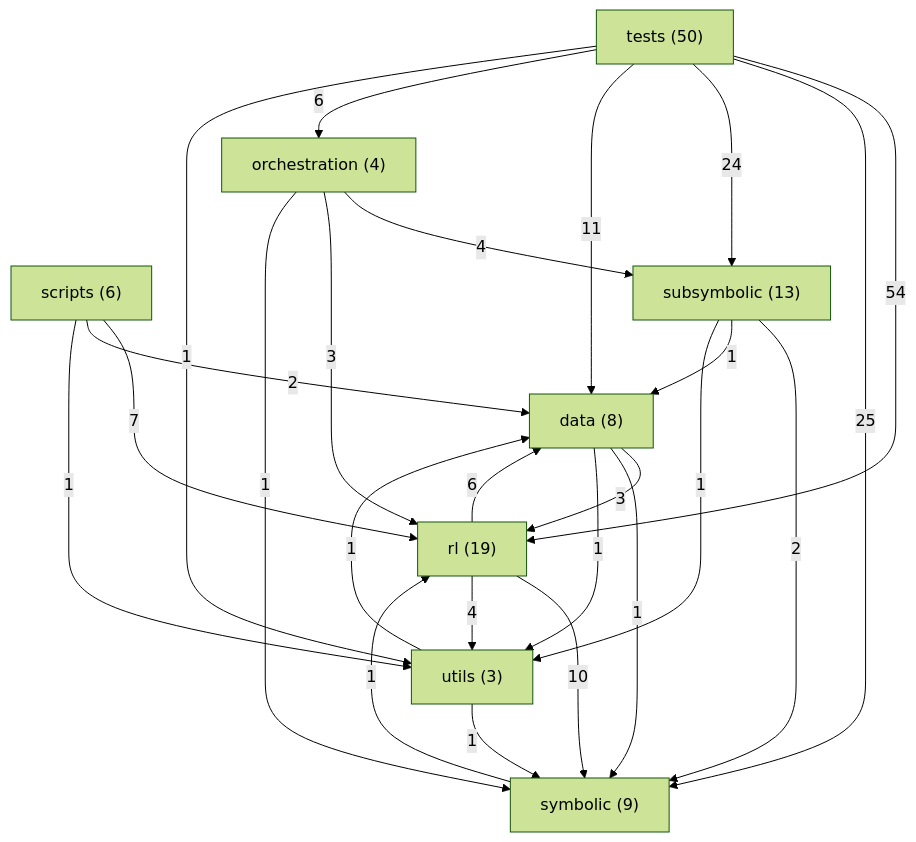
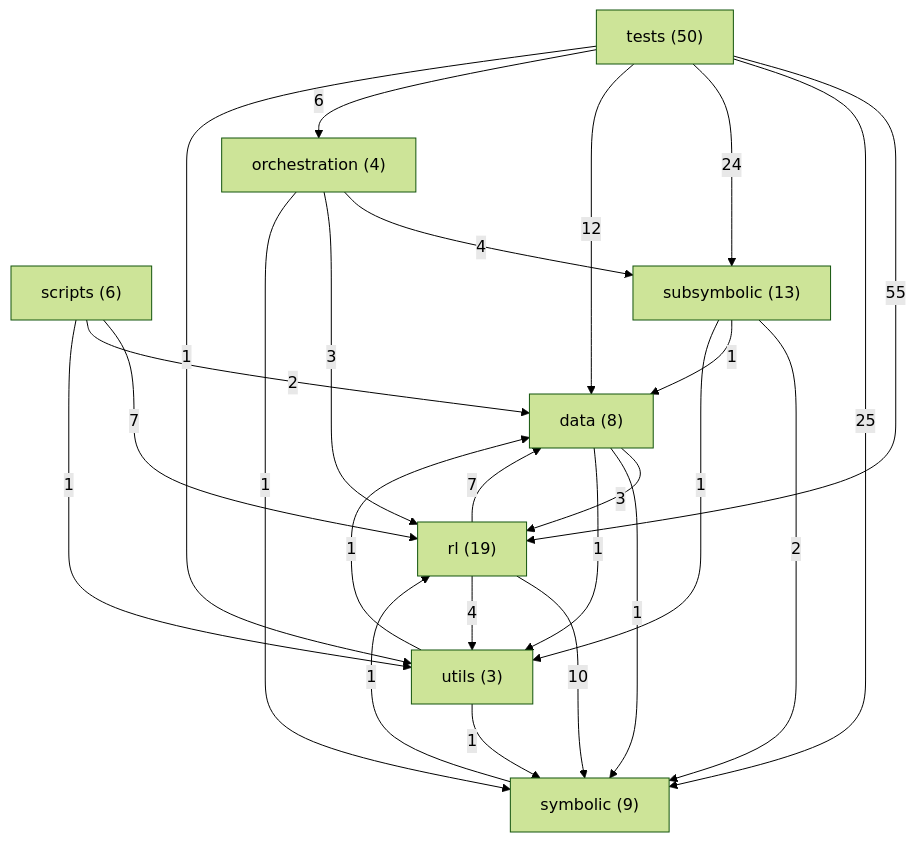
Before and after one commit to danrd/ARC-AGI: the diagram in ARCHITECTURE.md, drawn with Mermaid (forest theme). The commit also changed other lines of this file and 2 other files, not shown here.

Commit message:
Carry the addressing all the way to the envs training builds
The last commit decided whether a slot names an object or a point and
then told nobody. addressing was threaded into create_env, which is the
gymnasium entry point; training builds its envs through create_vec_env ->
create_ARC_env, and neither took the argument. So a task narrowed to
coordinates trained on objects, and the config carried a setting nothing
read - found by a profiler that could not construct the env the pipeline
constructs.

Both call sites now read it, the evaluation one included: a policy scored
under an addressing it was not trained on reads every slot index as
something else.

Claude-Session: https://claude.ai/code/session_01AxUKUd9JPHao7rQPt3sTcu

````diff
--- a/ARCHITECTURE.md
+++ b/ARCHITECTURE.md
@@ -127,35 +127,35 @@
 ```mermaid
 graph TD
   data["data (8)"]
   orchestration["orchestration (4)"]
   rl["rl (19)"]
   scripts["scripts (6)"]
   subsymbolic["subsymbolic (13)"]
   symbolic["symbolic (9)"]
   tests["tests (50)"]
   utils["utils (3)"]
-  tests -->|54| rl
+  tests -->|55| rl
   tests -->|25| symbolic
   tests -->|24| subsymbolic
-  tests -->|11| data
+  tests -->|12| data
   rl -->|10| symbolic
+  rl -->|7| data
   scripts -->|7| rl
-  rl -->|6| data
   tests -->|6| orchestration
   orchestration -->|4| subsymbolic
   rl -->|4| utils
   data -->|3| rl
   orchestration -->|3| rl
   scripts -->|2| data
   subsymbolic -->|2| symbolic
   data -->|1| symbolic
   data -->|1| utils
   orchestration -->|1| symbolic
   scripts -->|1| utils
   subsymbolic -->|1| data
   subsymbolic -->|1| utils
   symbolic -->|1| rl
   tests -->|1| utils
   utils -->|1| data
   utils -->|1| symbolic
 ```
````
